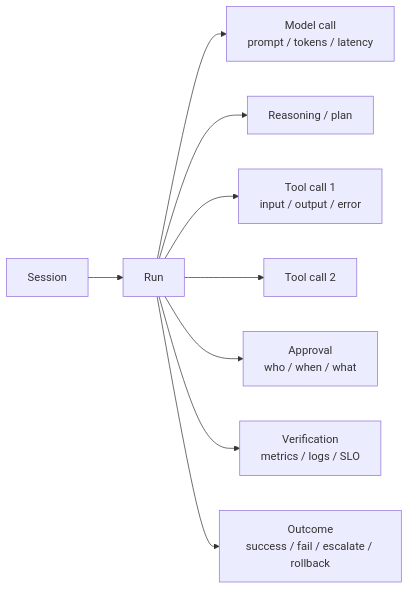
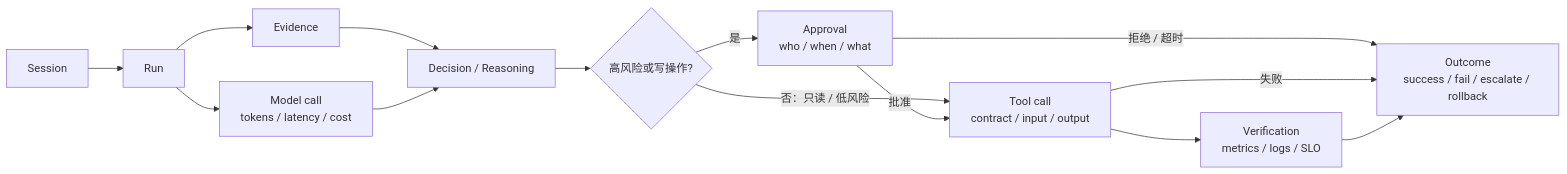
One commit to ai-guru-global/the-ops-agent-book changed the first of 2 diagrams in docs/guide/11-agentops-observability.md. Above: the diagram before and after it, drawn with Mermaid. The commit also changed other lines of this file and 144 other files, not shown here.

````diff
--- a/docs/guide/11-agentops-observability.md
+++ b/docs/guide/11-agentops-observability.md
@@ -15,11 +19,16 @@
 ```mermaid
 flowchart LR
   S[Session] --> R[Run]
-  R --> M[Model call<br/>prompt / tokens / latency]
-  R --> P[Reasoning / plan]
-  R --> T1[Tool call 1<br/>input / output / error]
-  R --> T2[Tool call 2]
-  R --> A[Approval<br/>who / when / what]
-  R --> V[Verification<br/>metrics / logs / SLO]
-  R --> O[Outcome<br/>success / fail / escalate / rollback]
+  R --> E[Evidence]
+  R --> M[Model call<br/>tokens / latency / cost]
+  E --> D[Decision / Reasoning]
+  M --> D
+  D --> Q{高风险或写操作?}
+  Q -->|否：只读 / 低风险| T[Tool call<br/>contract / input / output]
+  Q -->|是| A[Approval<br/>who / when / what]
+  A -->|拒绝 / 超时| O[Outcome]
+  A -->|批准| T
+  T -->|失败| O
+  T --> V[Verification<br/>metrics / logs / SLO]
+  V --> O[Outcome<br/>success / fail / escalate / rollback]
 ```
````
